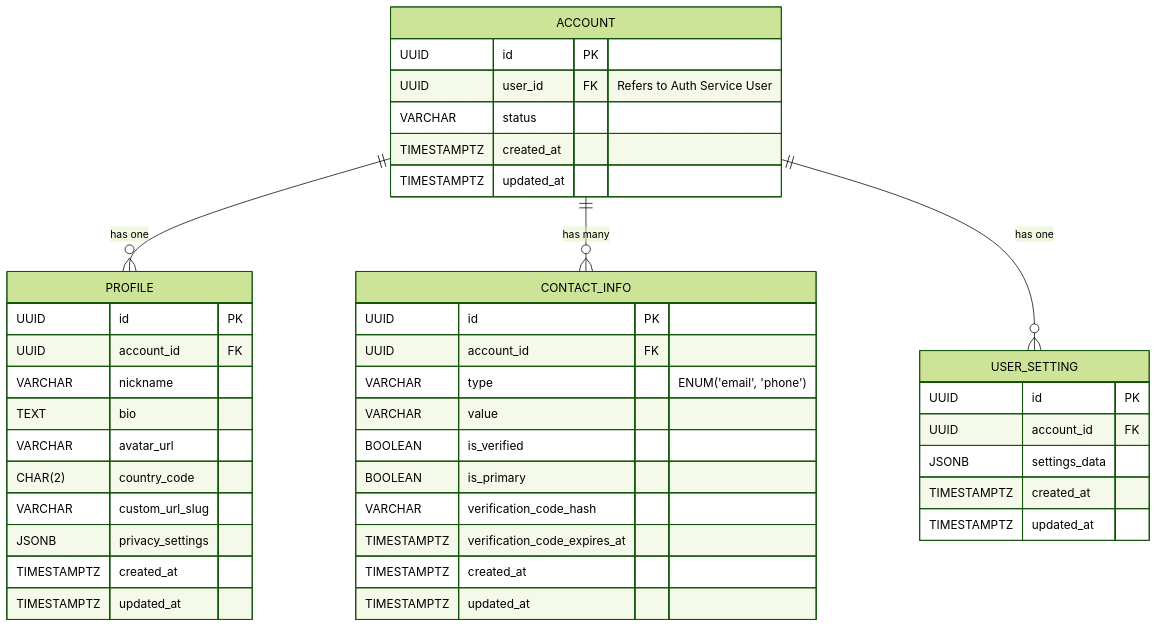
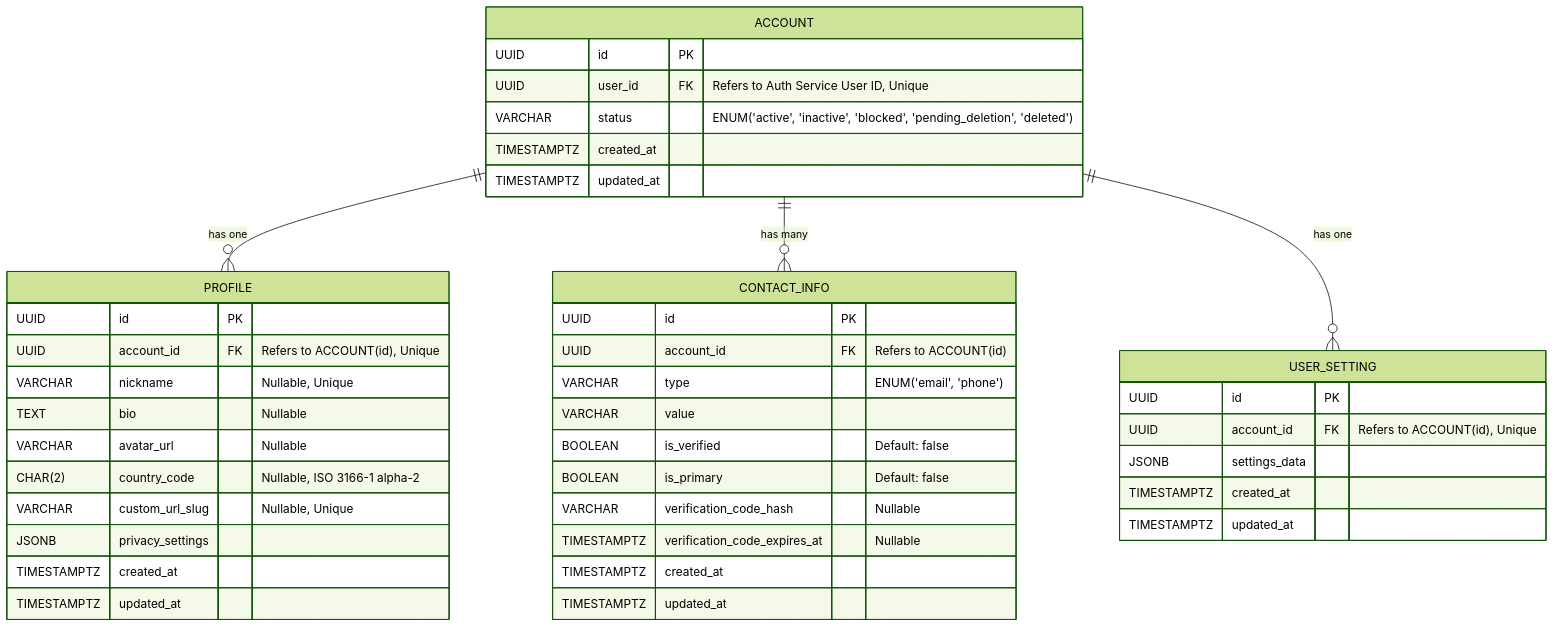
Before and after one commit to wizarding-anonymous/platform: the second of 2 diagrams in backend/account-service/docs/README.md, drawn with Mermaid (forest theme). The commit also changed other lines of this file and 12 other files, not shown here.

````diff
--- a/backend/account-service/docs/README.md
+++ b/backend/account-service/docs/README.md
@@ -301,45 +320,47 @@
     ```mermaid
     erDiagram
         ACCOUNT ||--o{ PROFILE : "has one"
         ACCOUNT ||--o{ CONTACT_INFO : "has many"
         ACCOUNT ||--o{ USER_SETTING : "has one"
 
         ACCOUNT {
             UUID id PK
-            UUID user_id FK "Refers to Auth Service User"
-            VARCHAR status
+            UUID user_id FK "Refers to Auth Service User ID, Unique"
+            VARCHAR status "ENUM('active', 'inactive', 'blocked', 'pending_deletion', 'deleted')"
             TIMESTAMPTZ created_at
             TIMESTAMPTZ updated_at
         }
         PROFILE {
             UUID id PK
-            UUID account_id FK
-            VARCHAR nickname
-            TEXT bio
-            VARCHAR avatar_url
-            CHAR(2) country_code
-            VARCHAR custom_url_slug
+            UUID account_id FK "Refers to ACCOUNT(id), Unique"
+            VARCHAR nickname "Nullable, Unique"
+            TEXT bio "Nullable"
+            VARCHAR avatar_url "Nullable"
+            CHAR(2) country_code "Nullable, ISO 3166-1 alpha-2"
+            VARCHAR custom_url_slug "Nullable, Unique"
             JSONB privacy_settings
             TIMESTAMPTZ created_at
             TIMESTAMPTZ updated_at
         }
         CONTACT_INFO {
             UUID id PK
-            UUID account_id FK
+            UUID account_id FK "Refers to ACCOUNT(id)"
             VARCHAR type "ENUM('email', 'phone')"
             VARCHAR value
-            BOOLEAN is_verified
-            BOOLEAN is_primary
-            VARCHAR verification_code_hash
-            TIMESTAMPTZ verification_code_expires_at
+            BOOLEAN is_verified "Default: false"
+            BOOLEAN is_primary "Default: false"
+            VARCHAR verification_code_hash "Nullable"
+            TIMESTAMPTZ verification_code_expires_at "Nullable"
             TIMESTAMPTZ created_at
             TIMESTAMPTZ updated_at
+            %% Unique(account_id, type, value)
+            %% Unique(account_id, type, is_primary) WHERE is_primary = TRUE
         }
         USER_SETTING {
             UUID id PK
-            UUID account_id FK
+            UUID account_id FK "Refers to ACCOUNT(id), Unique"
             JSONB settings_data
             TIMESTAMPTZ created_at
             TIMESTAMPTZ updated_at
         }
     ```
````
